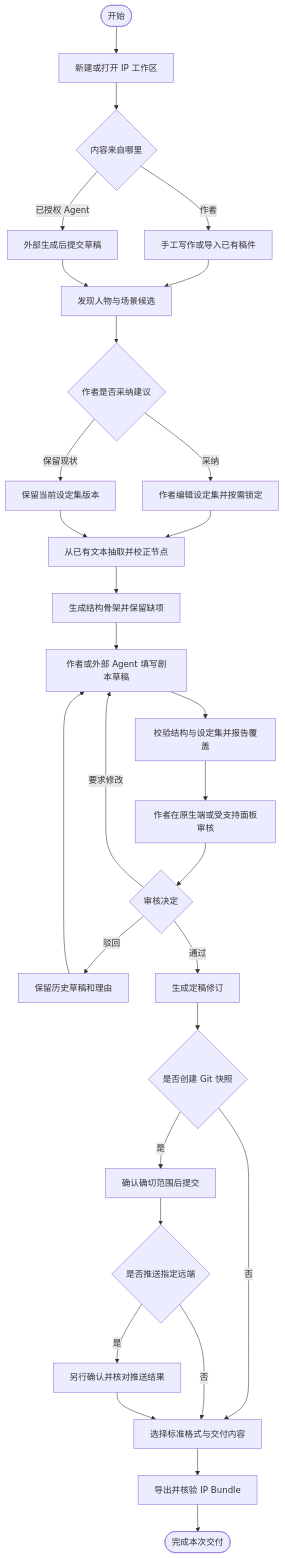
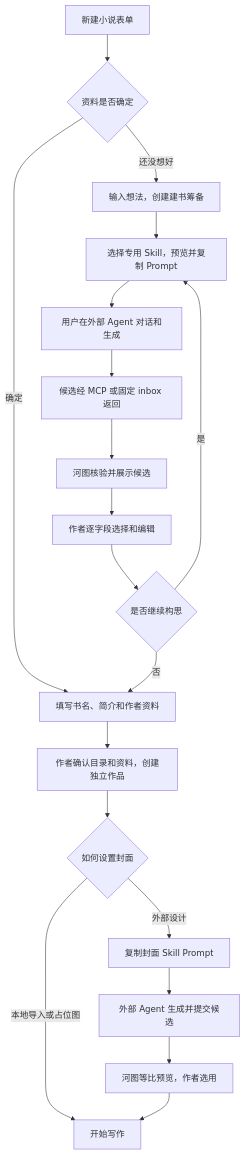
The fourth of 33 diagrams in docs/23-业务流程与MCP时序.md (limecloud/hetu), drawn with Mermaid before and after one commit. The commit also changed other lines of this file and 252 other files, not shown here.

````diff
--- a/docs/23-业务流程与MCP时序.md
+++ b/docs/23-业务流程与MCP时序.md
@@ -35,32 +97,21 @@
 ```mermaid
 flowchart TD
-    startNode(["开始"]) --> openWorkspace["新建或打开 IP 工作区"]
-    openWorkspace --> chooseInput{"内容来自哪里"}
-    chooseInput -->|"作者"| manualText["手工写作或导入已有稿件"]
-    chooseInput -->|"已授权 Agent"| agentDraft["外部生成后提交草稿"]
-    manualText --> candidates["发现人物与场景候选"]
-    agentDraft --> candidates
-    candidates --> authorChoice{"作者是否采纳建议"}
-    authorChoice -->|"采纳"| editBlueprint["作者编辑设定集并按需锁定"]
-    authorChoice -->|"保留现状"| keepBlueprint["保留当前设定集版本"]
-    editBlueprint --> extract["从已有文本抽取并校正节点"]
-    keepBlueprint --> extract
-    extract --> skeleton["生成结构骨架并保留缺项"]
-    skeleton --> fill["作者或外部 Agent 填写剧本草稿"]
-    fill --> validate["校验结构与设定集并报告覆盖"]
-    validate --> review["作者在原生端或受支持面板审核"]
-    review --> decision{"审核决定"}
-    decision -->|"要求修改"| fill
-    decision -->|"驳回"| retainDraft["保留历史草稿和理由"]
-    retainDraft --> fill
-    decision -->|"通过"| approved["生成定稿修订"]
-    approved --> chooseVersion{"是否创建 Git 快照"}
-    chooseVersion -->|"是"| snapshot["确认确切范围后提交"]
-    chooseVersion -->|"否"| exportPreview["选择标准格式与交付内容"]
-    snapshot --> choosePush{"是否推送指定远端"}
-    choosePush -->|"是"| push["另行确认并核对推送结果"]
-    choosePush -->|"否"| exportPreview
-    push --> exportPreview
-    exportPreview --> bundle["导出并核验 IP Bundle"]
-    bundle --> finishNode(["完成本次交付"])
+    newBook["新建小说表单"] --> known{"资料是否确定"}
+    known -->|"确定"| form["填写书名、简介和作者资料"]
+    known -->|"还没想好"| idea["输入想法，创建建书筹备"]
+    idea --> prompt["选择专用 Skill，预览并复制 Prompt"]
+    prompt --> external["用户在外部 Agent 对话和生成"]
+    external --> result["候选经 MCP 或固定 inbox 返回"]
+    result --> verify["河图核验并展示候选"]
+    verify --> choose["作者逐字段选择和编辑"]
+    choose --> satisfied{"是否继续构思"}
+    satisfied -->|"是"| prompt
+    satisfied -->|"否"| form
+    form --> create["作者确认目录和资料，创建独立作品"]
+    create --> cover{"如何设置封面"}
+    cover -->|"本地导入或占位图"| write["开始写作"]
+    cover -->|"外部设计"| coverPrompt["复制封面 Skill Prompt"]
+    coverPrompt --> coverAgent["外部 Agent 生成并提交候选"]
+    coverAgent --> preview["河图等比预览，作者选用"]
+    preview --> write
 ```
````
